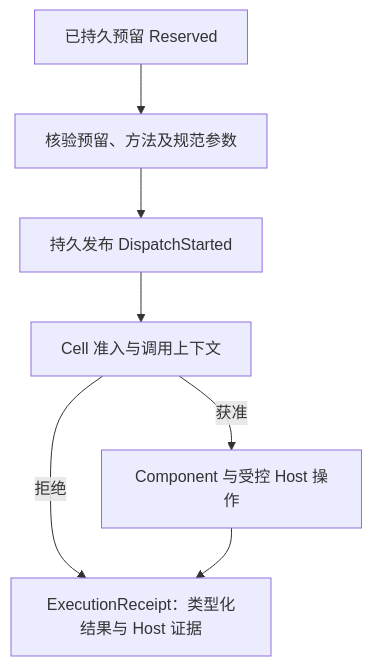
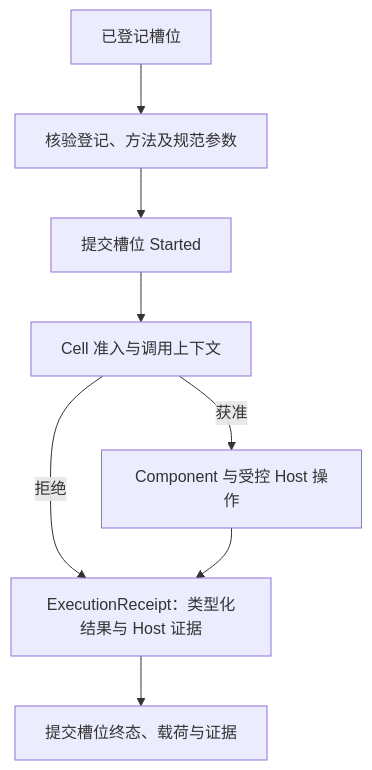
Before and after one commit to Skyline10124/lattice: the second of 2 diagrams in docs/architecture/lancet.md, drawn with Mermaid. The commit also changed other lines of this file and 8 other files, not shown here.

First line of the commit message:
docs(architecture): 按 ADR 0006 修订会话、存储与相关合同（待批准）

````diff
--- a/docs/architecture/lancet.md
+++ b/docs/architecture/lancet.md
@@ -136,9 +136,10 @@
 ```mermaid
 flowchart TD
-    R["已持久预留 Reserved"] --> V["核验预留、方法及规范参数"]
-    V --> D["持久发布 DispatchStarted"]
+    R["已登记槽位"] --> V["核验登记、方法及规范参数"]
+    V --> D["提交槽位 Started"]
     D --> A["Cell 准入与调用上下文"]
     A -->|获准| E["Component 与受控 Host 操作"]
     A -->|拒绝| Q["ExecutionReceipt：类型化结果与 Host 证据"]
     E --> Q
+    Q --> T["提交槽位终态、载荷与证据"]
 ```
````
